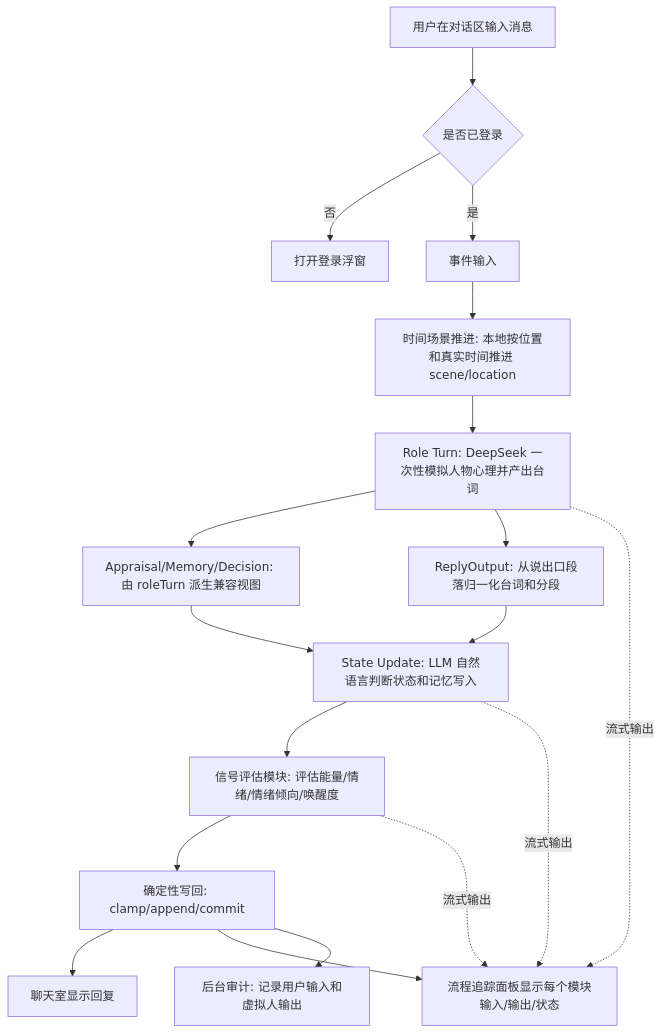
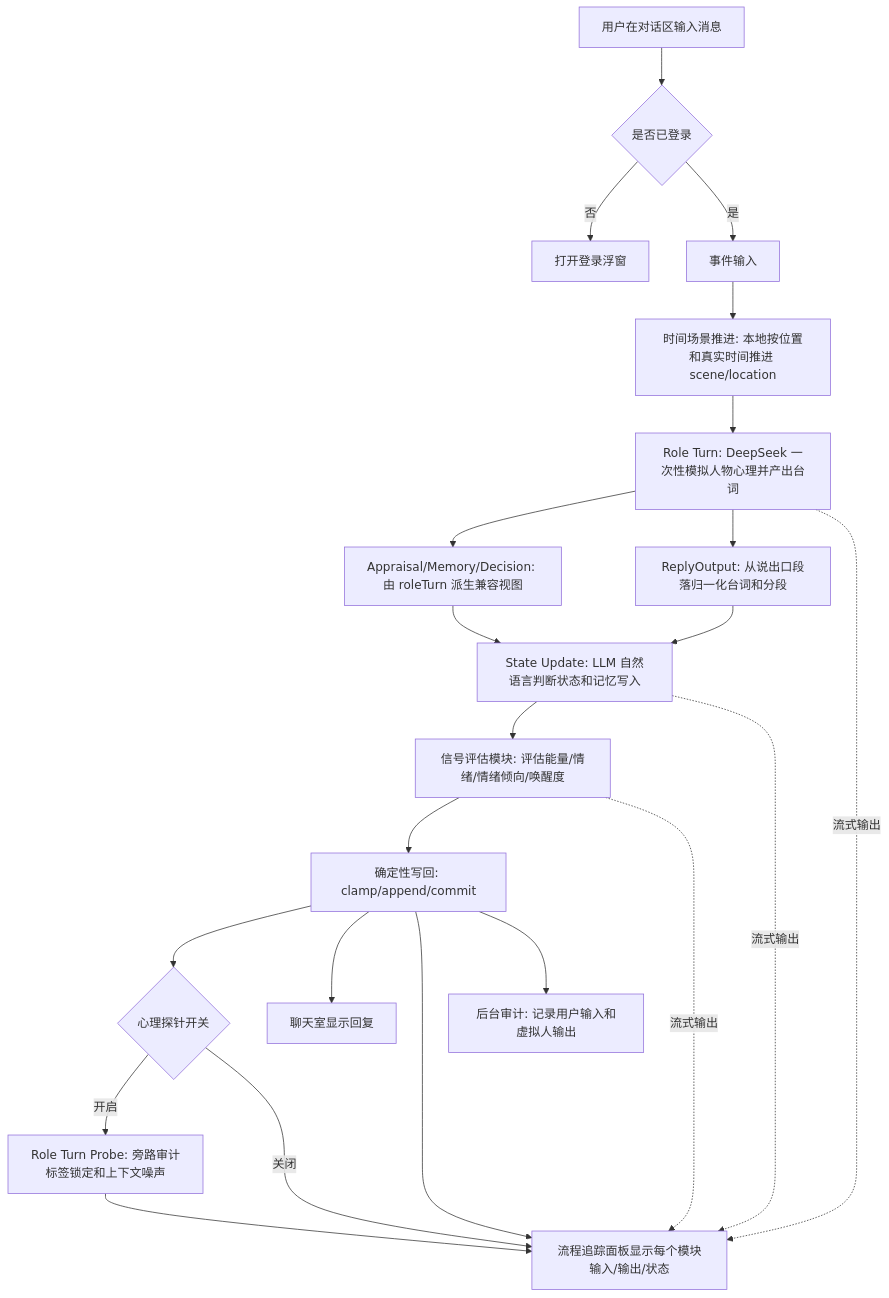
One commit to ttmanthatman/virtual-human-flow changed the fourth of 32 diagrams in docs/SYSTEM_FLOW.md. Above: the diagram before and after it, drawn with Mermaid. The commit also changed other lines of this file and 15 other files, not shown here.

Commit message:
feat: add role turn probe toggle

````diff
--- a/docs/SYSTEM_FLOW.md
+++ b/docs/SYSTEM_FLOW.md
@@ -134,20 +134,24 @@
 ```mermaid
 flowchart TD
     U[用户在对话区输入消息] --> AUTH{是否已登录}
     AUTH -- 否 --> LOGIN[打开登录浮窗]
     AUTH -- 是 --> E[事件输入]
     E --> TS[时间场景推进: 本地按位置和真实时间推进 scene/location]
     TS --> RT[Role Turn: DeepSeek 一次性模拟人物心理并产出台词]
     RT --> A[Appraisal/Memory/Decision: 由 roleTurn 派生兼容视图]
     RT --> R[ReplyOutput: 从说出口段落归一化台词和分段]
     A --> S[State Update: LLM 自然语言判断状态和记忆写入]
     R --> S
     S --> G[信号评估模块: 评估能量/情绪/情绪倾向/唤醒度]
     G --> W[确定性写回: clamp/append/commit]
+    W --> P{心理探针开关}
+    P -- 开启 --> PROBE[Role Turn Probe: 旁路审计标签锁定和上下文噪声]
+    PROBE --> T
+    P -- 关闭 --> T
     W --> C[聊天室显示回复]
     W --> T[流程追踪面板显示每个模块输入/输出/状态]
     W --> AUDIT[后台审计: 记录用户输入和虚拟人输出]
     RT -. 流式输出 .-> T
     S -. 流式输出 .-> T
     G -. 流式输出 .-> T
 ```
````
